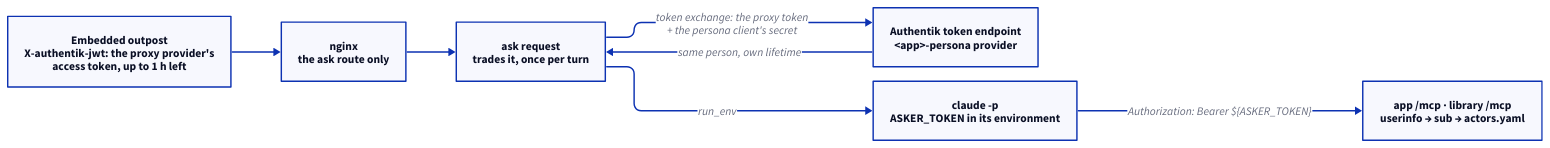
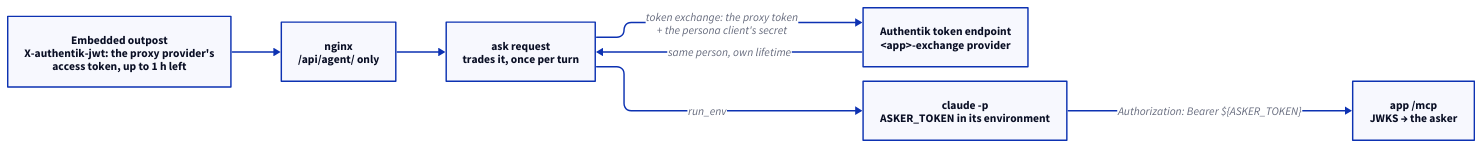
One commit to radar-hooves/app-factory changed the second of 2 diagrams in docs/design/agent-console.md. Above: the diagram before and after it, drawn with D2. The commit also changed other lines of this file and 4 other files, not shown here.

Commit message:
docs: the token exchange's design record and adoption steps; agent-console §1 and §3 to what is built; changelog 2026.10.44 (consumer: master-project, radar-hooves/master-project#380)

````diff
--- a/docs/design/agent-console.md
+++ b/docs/design/agent-console.md
@@ -233,17 +233,17 @@
 ```d2
 vars: {d2-config: {layout-engine: elk}}
 direction: right
 
 outpost: "Embedded outpost\nX-authentik-jwt: the proxy provider's\naccess token, up to 1 h left"
-nginx: "nginx\nthe ask route only"
+nginx: "nginx\n/api/agent/ only"
 ask: "ask request\ntrades it, once per turn"
-ak: "Authentik token endpoint\n<app>-persona provider"
+ak: "Authentik token endpoint\n<app>-exchange provider"
 run: "claude -p\nASKER_TOKEN in its environment"
-mcp: "app /mcp · library /mcp\nuserinfo → sub → actors.yaml"
+mcp: "app /mcp\nJWKS → the asker"
 
 outpost -> nginx -> ask
 ask -> ak: "token exchange: the proxy token\n+ the persona client's secret"
 ak -> ask: "same person, own lifetime"
 ask -> run: "run_env"
 run -> mcp: 'Authorization: Bearer ${ASKER_TOKEN}'
 ```
````
